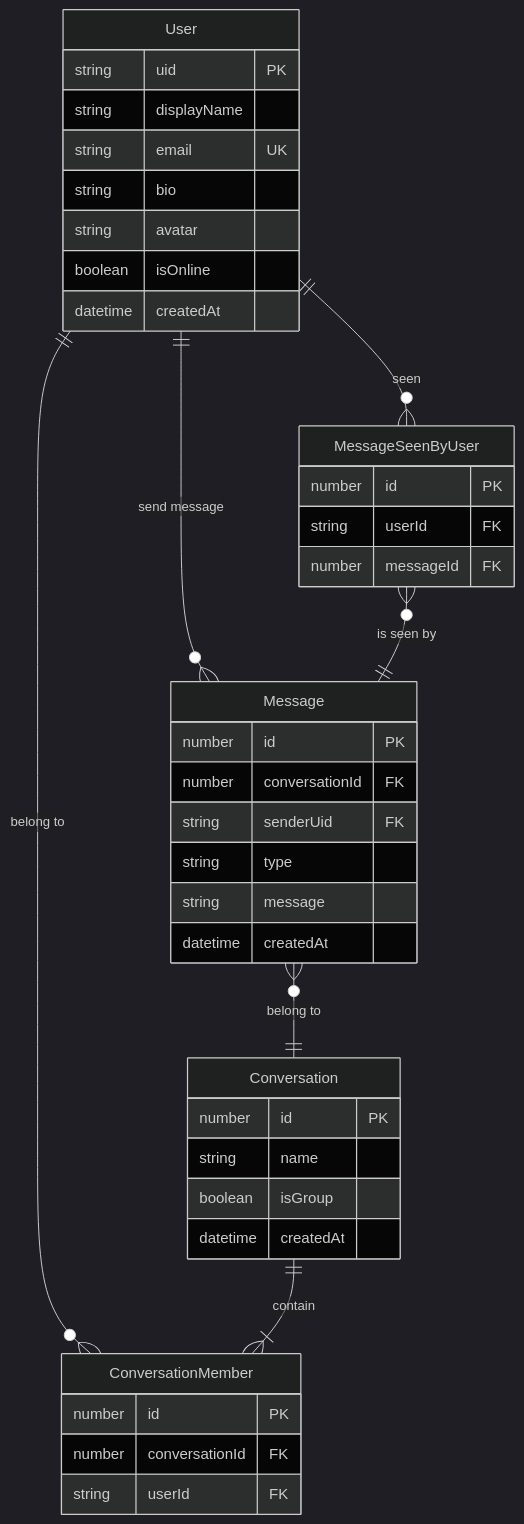
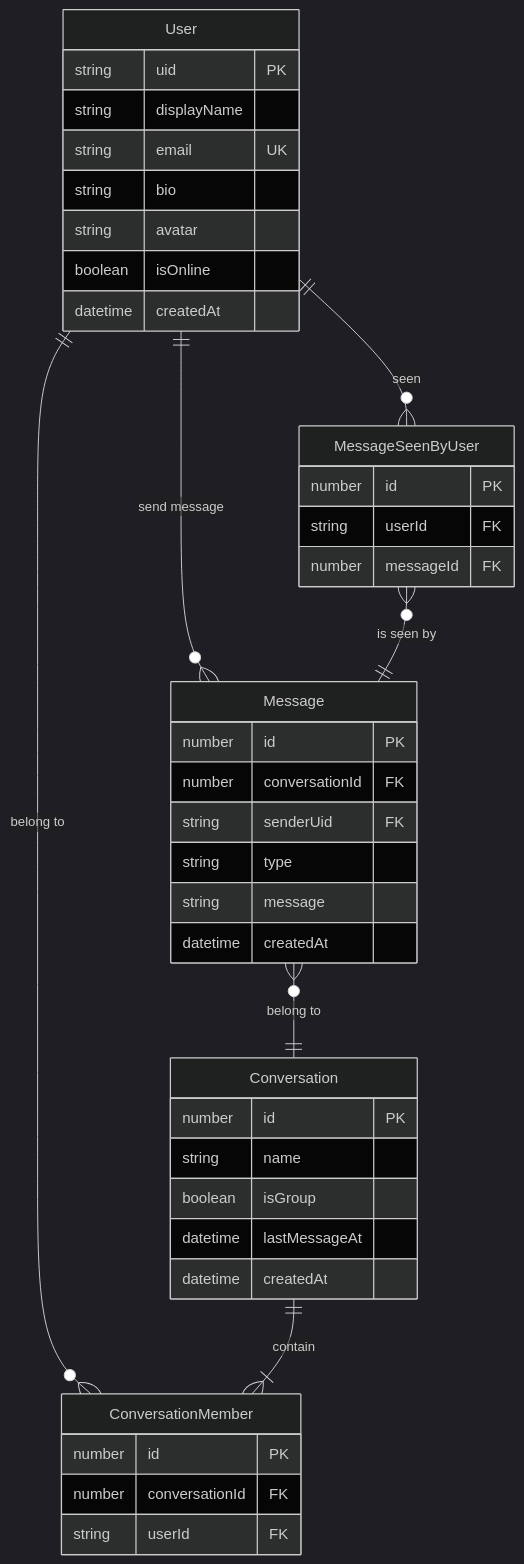
The diagram in README.md (chanon-mike/u-and-i-chatapp), drawn with Mermaid (dark theme) before and after one commit. The commit also changed other lines of this file and 15 other files, not shown here.

````diff
--- a/README.md
+++ b/README.md
@@ -41,43 +41,44 @@
 ```mermaid
 erDiagram
     User {
         string uid PK
         string displayName
         string email UK
         string bio
         string avatar
         boolean isOnline
         datetime createdAt
     }
     Conversation {
         number id PK
         string name
         boolean isGroup
+        datetime lastMessageAt
         datetime createdAt
     }
     ConversationMember {
         number id PK
         number conversationId FK
         string userId FK
     }
     MessageSeenByUser {
         number id PK
         string userId FK
         number messageId FK
     }
     Message {
         number id PK
         number conversationId FK
         string senderUid FK
         string type
         string message
         datetime createdAt
     }
 
     User ||--o{ ConversationMember: "belong to"
     User ||--o{ Message: "send message"
     User ||--o{ MessageSeenByUser: "seen"
     MessageSeenByUser o{--|| Message: "is seen by"
     Conversation ||--|{ ConversationMember: "contain"
     Message }o--|| Conversation: "belong to"
 ```
````
